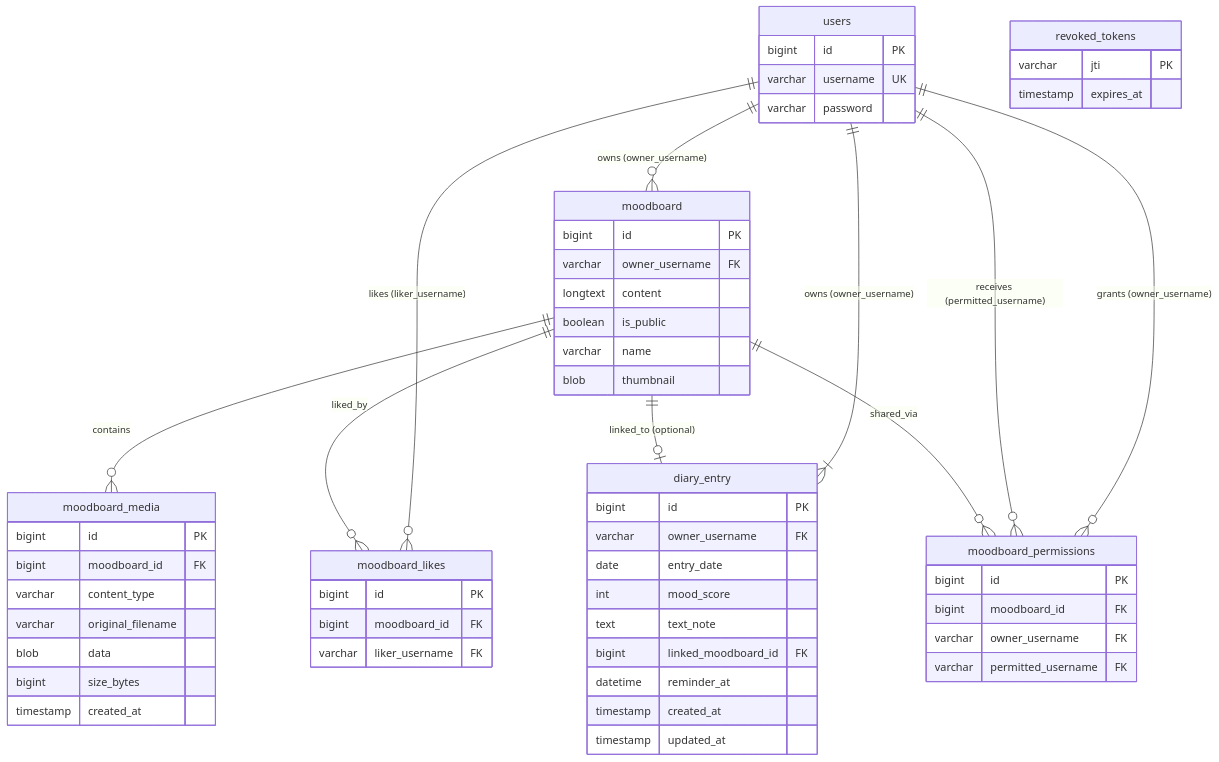
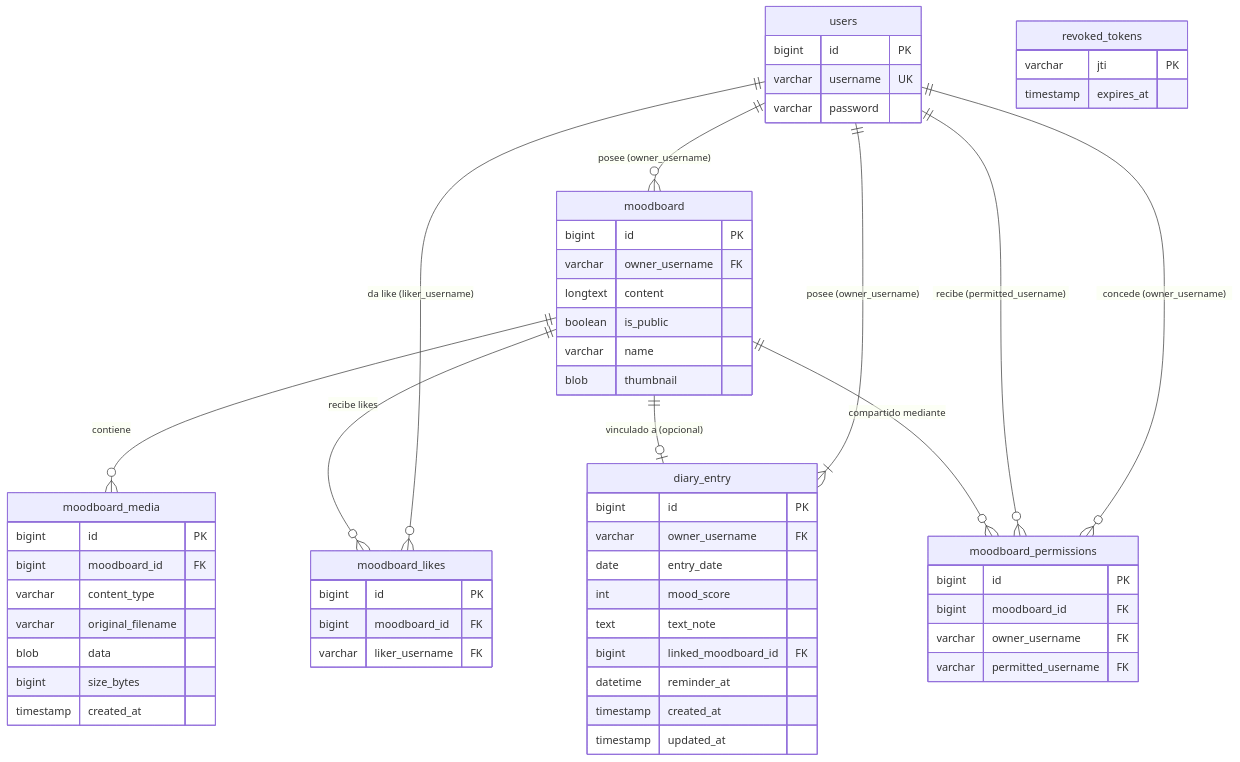
Before and after one commit to tomasrobino/emotion-diary-server: the first of 3 diagrams in docs/diagrams.md, drawn with Mermaid. The commit also changed other lines of this file, not shown here.

````diff
--- a/docs/diagrams.md
+++ b/docs/diagrams.md
@@ -13,67 +13,67 @@
 ```mermaid
 erDiagram
     users {
         bigint id PK
         varchar username UK
         varchar password
     }
 
     moodboard {
         bigint id PK
         varchar owner_username FK
         longtext content
         boolean is_public
         varchar name
         blob thumbnail
     }
 
     diary_entry {
         bigint id PK
         varchar owner_username FK
         date entry_date
         int mood_score
         text text_note
         bigint linked_moodboard_id FK
         datetime reminder_at
         timestamp created_at
         timestamp updated_at
     }
 
     moodboard_media {
         bigint id PK
         bigint moodboard_id FK
         varchar content_type
         varchar original_filename
         blob data
         bigint size_bytes
         timestamp created_at
     }
 
     moodboard_likes {
         bigint id PK
         bigint moodboard_id FK
         varchar liker_username FK
     }
 
     moodboard_permissions {
         bigint id PK
         bigint moodboard_id FK
         varchar owner_username FK
         varchar permitted_username FK
     }
 
     revoked_tokens {
         varchar jti PK
         timestamp expires_at
     }
 
-    users ||--o{ moodboard : "owns (owner_username)"
-    users ||--|{ diary_entry : "owns (owner_username)"
-    users ||--o{ moodboard_likes : "likes (liker_username)"
-    users ||--o{ moodboard_permissions : "grants (owner_username)"
-    users ||--o{ moodboard_permissions : "receives (permitted_username)"
-    moodboard ||--o{ moodboard_media : "contains"
-    moodboard ||--o{ moodboard_likes : "liked_by"
-    moodboard ||--o{ moodboard_permissions : "shared_via"
-    moodboard ||--o| diary_entry : "linked_to (optional)"
+    users ||--o{ moodboard : "posee (owner_username)"
+    users ||--|{ diary_entry : "posee (owner_username)"
+    users ||--o{ moodboard_likes : "da like (liker_username)"
+    users ||--o{ moodboard_permissions : "concede (owner_username)"
+    users ||--o{ moodboard_permissions : "recibe (permitted_username)"
+    moodboard ||--o{ moodboard_media : "contiene"
+    moodboard ||--o{ moodboard_likes : "recibe likes"
+    moodboard ||--o{ moodboard_permissions : "compartido mediante"
+    moodboard ||--o| diary_entry : "vinculado a (opcional)"
 ```
````
